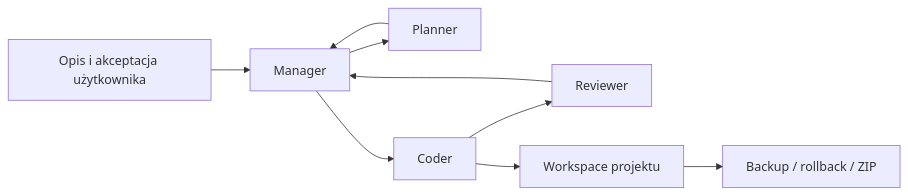
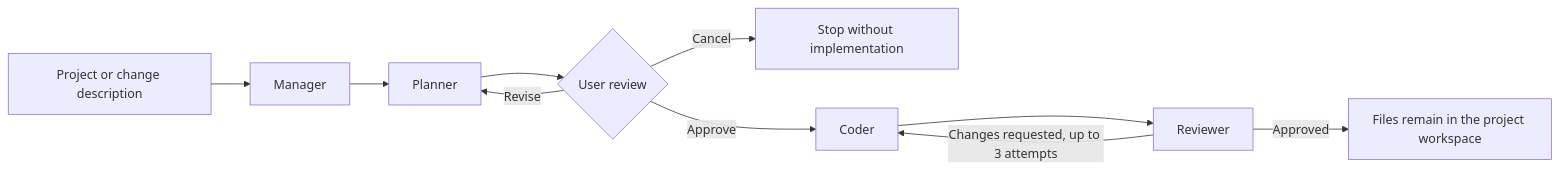
The diagram in README.md (JakubLewosz/CodeFabric), drawn with Mermaid before and after one commit. The commit also changed other lines of this file, not shown here.

Commit message:
docs: rewrite project documentation in English

````diff
--- a/README.md
+++ b/README.md
@@ -27,11 +44,12 @@
 ```mermaid
 flowchart LR
-    U["Opis i akceptacja użytkownika"] --> M["Manager"]
+    U["Project or change description"] --> M["Manager"]
     M --> P["Planner"]
-    P --> M
-    M --> C["Coder"]
+    P --> A{"User review"}
+    A -->|Revise| P
+    A -->|Cancel| E["Stop without implementation"]
+    A -->|Approve| C["Coder"]
     C --> R["Reviewer"]
-    R --> M
-    C --> W["Workspace projektu"]
-    W --> B["Backup / rollback / ZIP"]
+    R -->|Approved| D["Files remain in the project workspace"]
+    R -->|Changes requested, up to 3 attempts| C
 ```
````
